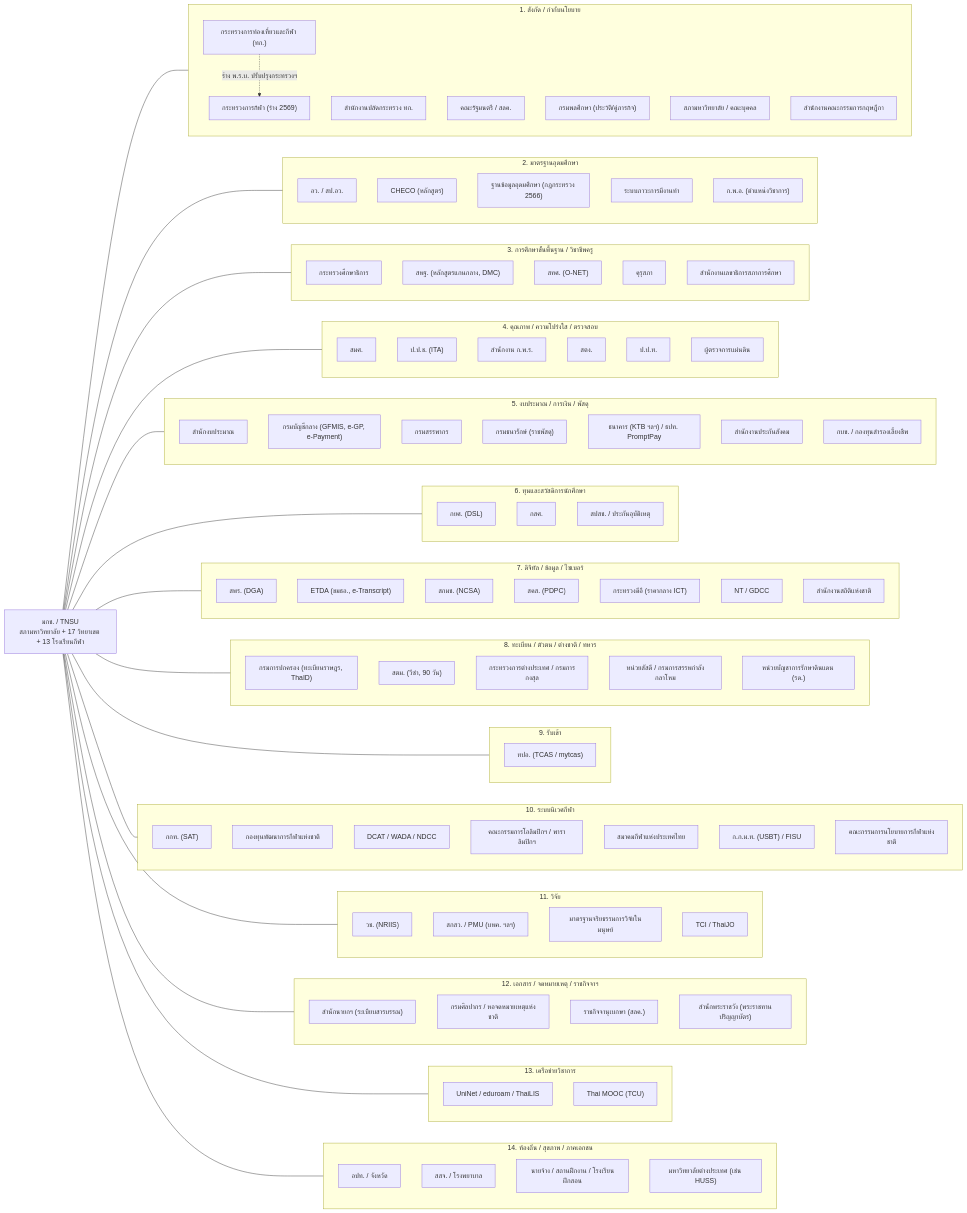
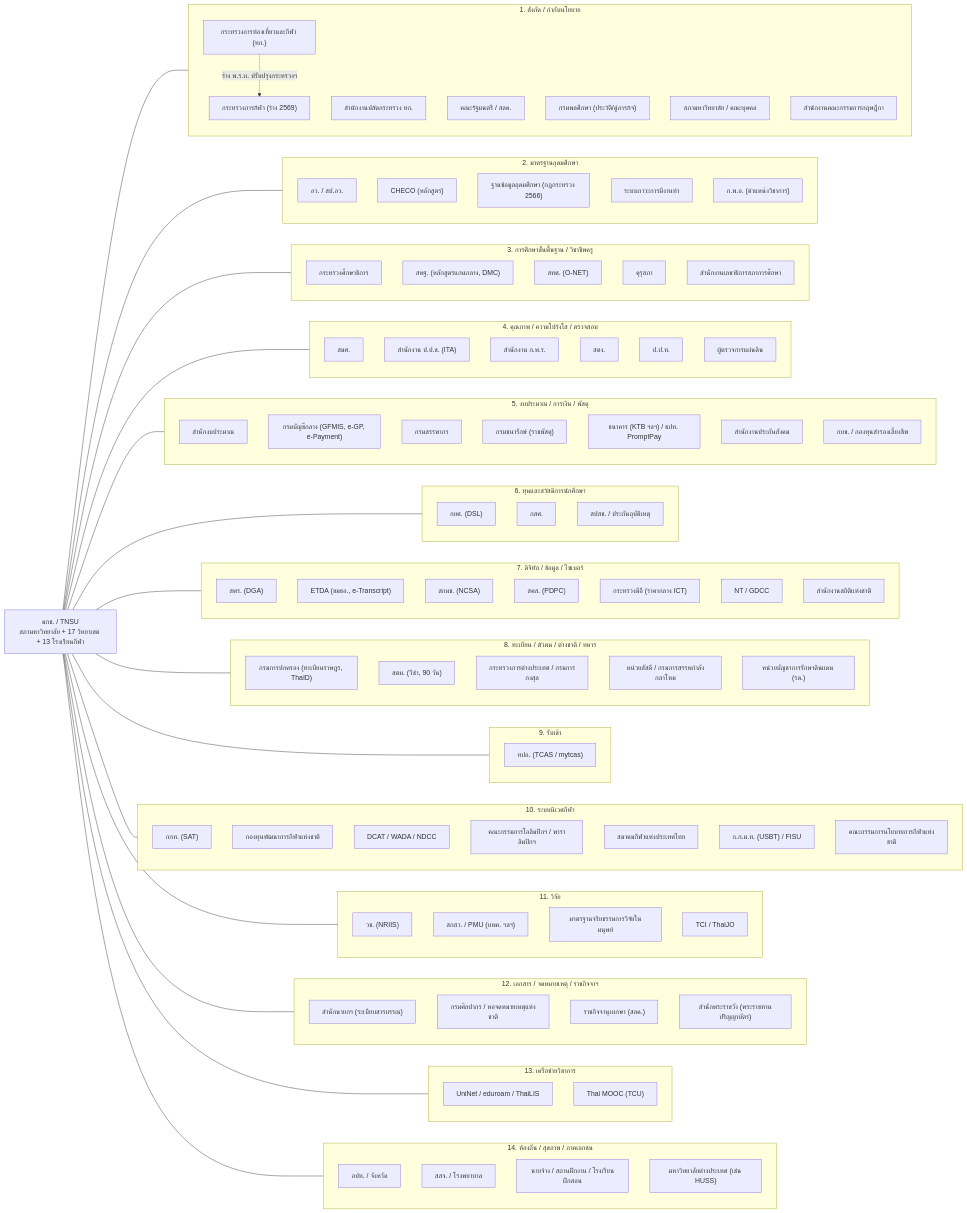
One commit to Ruttanachote/Ai changed the diagram in tnsu-system/docs/government-relations.md. Above: the diagram before and after it, drawn with Mermaid. The commit also changed other lines of this file and 7 other files, not shown here.

```diff
--- a/tnsu-system/docs/government-relations.md
+++ b/tnsu-system/docs/government-relations.md
@@ -59,7 +60,7 @@
 
   subgraph G4["4. คุณภาพ / ความโปร่งใส / ตรวจสอบ"]
     ONESQA["สมศ."]
-    NACC["ป.ป.ช. (ITA)"]
+    NACC["สำนักงาน ป.ป.ช. (ITA)"]
     OPDC["สำนักงาน ก.พ.ร."]
     OAG["สตง."]
     PACC["ป.ป.ท."]
```
